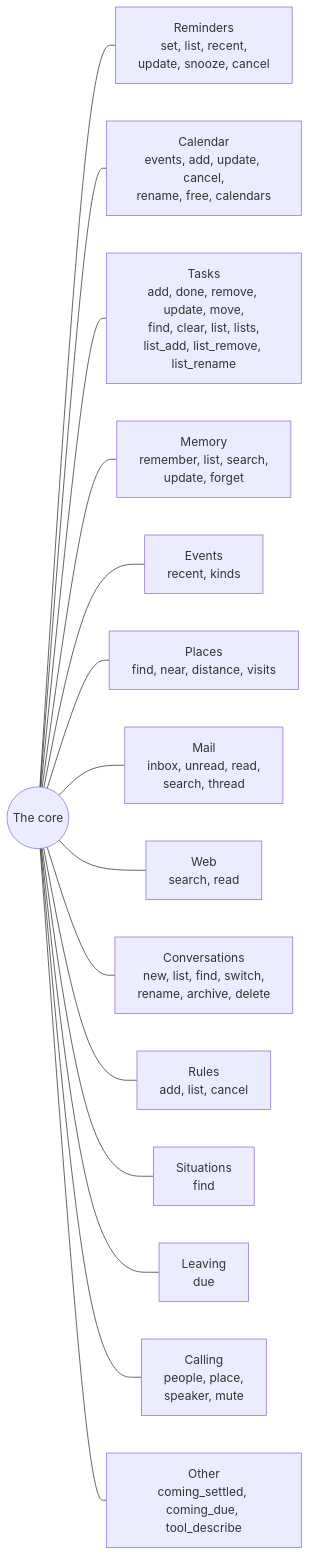
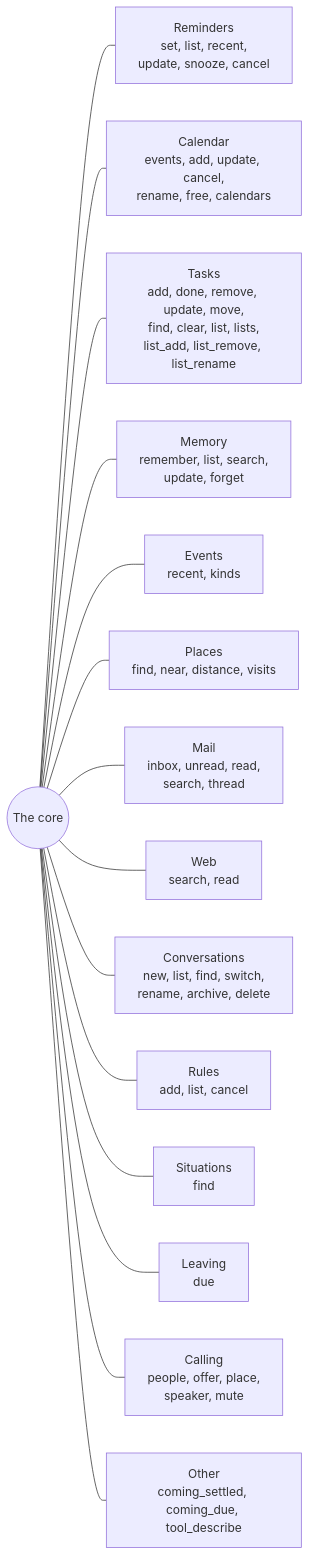
The second of 5 diagrams in FEATURES.md (DhanushRamesh/personal-assistant), drawn with Mermaid before and after one commit. The commit also changed other lines of this file and 5 other files, not shown here.

````diff
--- a/FEATURES.md
+++ b/FEATURES.md
@@ -63,19 +63,19 @@
 ```mermaid
 flowchart LR
     CORE(("The core"))
 
     CORE --- REM["Reminders<br/>set, list, recent,<br/>update, snooze, cancel"]
     CORE --- CAL["Calendar<br/>events, add, update, cancel,<br/>rename, free, calendars"]
     CORE --- TASK["Tasks<br/>add, done, remove, update, move,<br/>find, clear, list, lists,<br/>list_add, list_remove, list_rename"]
     CORE --- MEM["Memory<br/>remember, list, search,<br/>update, forget"]
     CORE --- EV["Events<br/>recent, kinds"]
     CORE --- PLACE["Places<br/>find, near, distance, visits"]
     CORE --- MAIL["Mail<br/>inbox, unread, read,<br/>search, thread"]
     CORE --- WEB["Web<br/>search, read"]
     CORE --- CONV["Conversations<br/>new, list, find, switch,<br/>rename, archive, delete"]
     CORE --- RULE["Rules<br/>add, list, cancel"]
     CORE --- SIT["Situations<br/>find"]
     CORE --- LEAVE["Leaving<br/>due"]
-    CORE --- CALLP["Calling<br/>people, place,<br/>speaker, mute"]
+    CORE --- CALLP["Calling<br/>people, offer, place,<br/>speaker, mute"]
     CORE --- MISC["Other<br/>coming_settled, coming_due, tool_describe"]
 ```
````
